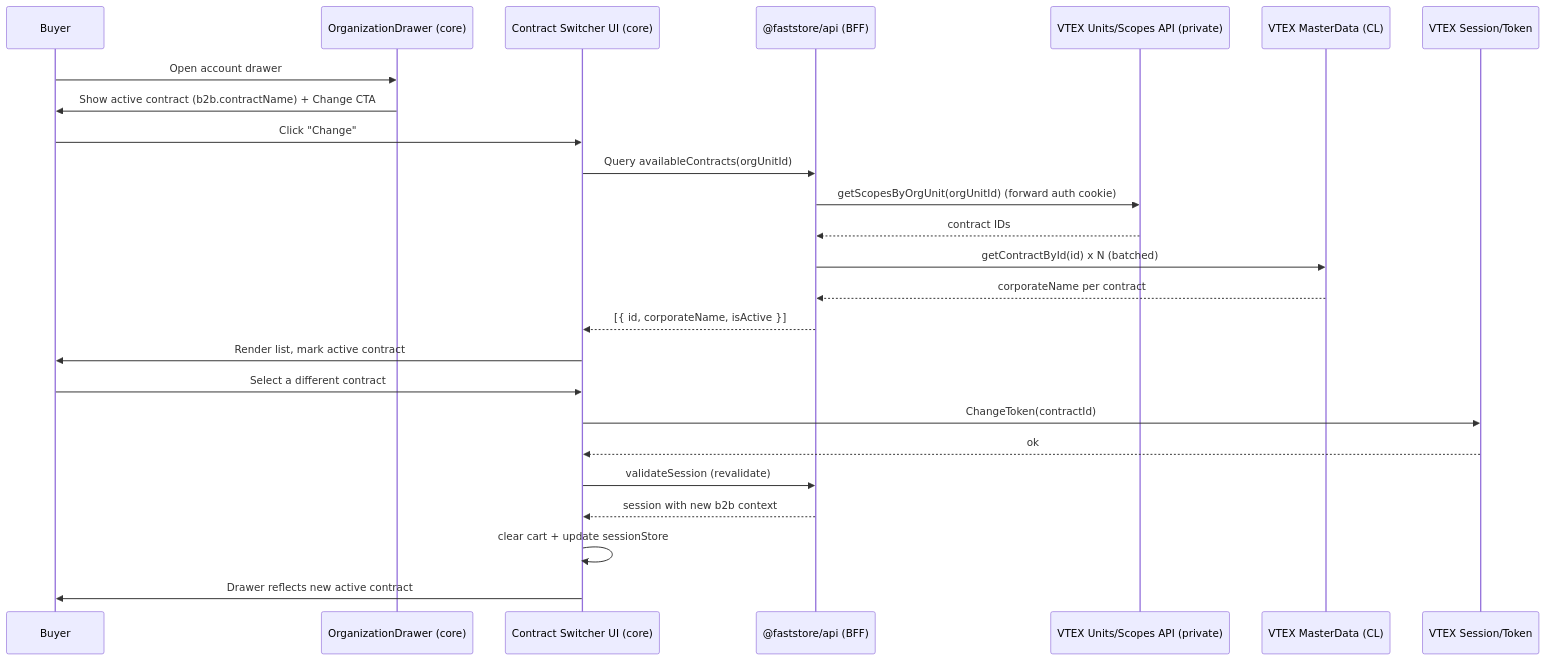
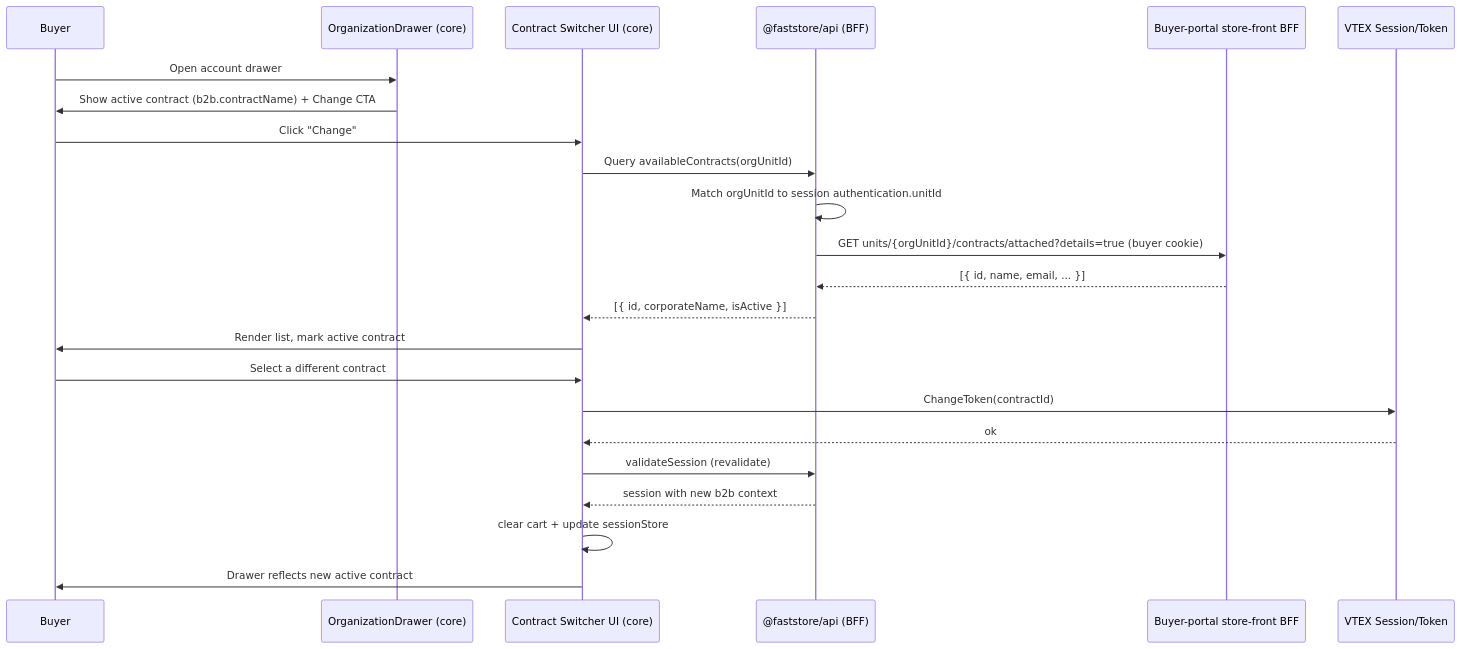
One commit to vtex/faststore changed the diagram in specs/contract-switcher.md. Above: the diagram before and after it, drawn with Mermaid. The commit also changed other lines of this file and 9 other files, not shown here.

First line of the commit message:
refactor(api): load availableContracts via buyer-portal store-front BFF

````diff
--- a/specs/contract-switcher.md
+++ b/specs/contract-switcher.md
@@ -120,28 +119,26 @@
 ```mermaid
 sequenceDiagram
     participant U as Buyer
     participant D as OrganizationDrawer (core)
     participant S as Contract Switcher UI (core)
     participant G as @faststore/api (BFF)
-    participant VU as VTEX Units/Scopes API (private)
-    participant VM as VTEX MasterData (CL)
+    participant BP as Buyer-portal store-front BFF
     participant VS as VTEX Session/Token
 
     U->>D: Open account drawer
     D->>U: Show active contract (b2b.contractName) + Change CTA
     U->>S: Click "Change"
     S->>G: Query availableContracts(orgUnitId)
-    G->>VU: getScopesByOrgUnit(orgUnitId)  (forward auth cookie)
-    VU-->>G: contract IDs
-    G->>VM: getContractById(id) x N (batched)
-    VM-->>G: corporateName per contract
+    G->>G: Match orgUnitId to session authentication.unitId
+    G->>BP: GET units/{orgUnitId}/contracts/attached?details=true (buyer cookie)
+    BP-->>G: [{ id, name, email, ... }]
     G-->>S: [{ id, corporateName, isActive }]
     S->>U: Render list, mark active contract
     U->>S: Select a different contract
     S->>VS: ChangeToken(contractId)
     VS-->>S: ok
     S->>G: validateSession (revalidate)
     G-->>S: session with new b2b context
     S->>S: clear cart + update sessionStore
     S->>U: Drawer reflects new active contract
 ```
````
